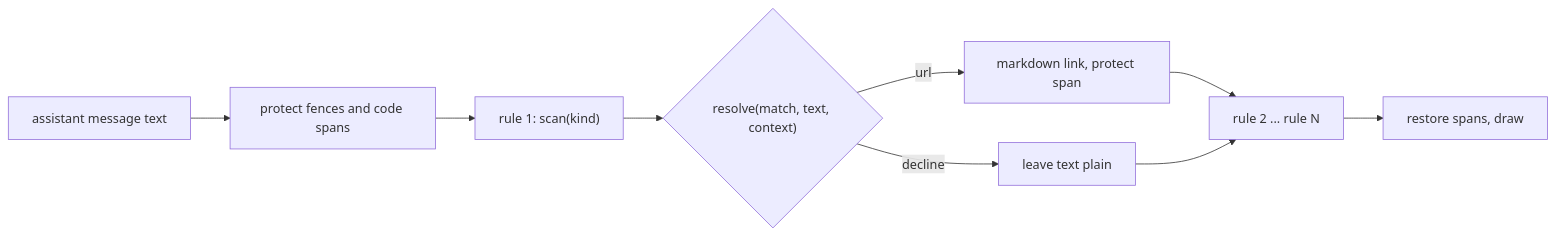
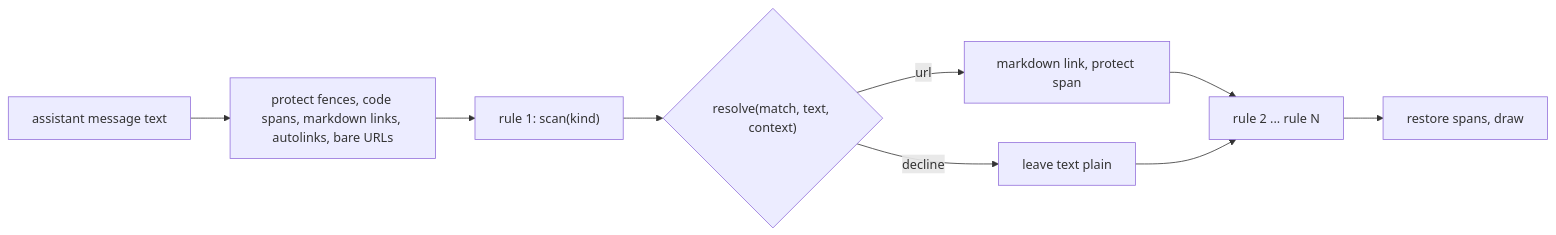
The diagram in docs/superpowers/specs/2026-11-09-pgd-link-resolvers-design.md (phillipgreenii/nix-agent-support), drawn with Mermaid before and after one commit. The commit also changed other lines of this file, not shown here.

````diff
--- a/docs/superpowers/specs/2026-11-09-pgd-link-resolvers-design.md
+++ b/docs/superpowers/specs/2026-11-09-pgd-link-resolvers-design.md
@@ -87,11 +96,11 @@
 ```mermaid
 flowchart LR
-  T["assistant message text"] --> P["protect fences and code spans"]
+  T["assistant message text"] --> P["protect fences, code spans, markdown links, autolinks, bare URLs"]
   P --> R1["rule 1: scan(kind)"]
   R1 --> D1{"resolve(match, text, context)"}
   D1 -->|"url"| L1["markdown link, protect span"]
   D1 -->|"decline"| X1["leave text plain"]
   L1 --> R2["rule 2 ... rule N"]
   X1 --> R2
   R2 --> O["restore spans, draw"]
 ```
````
